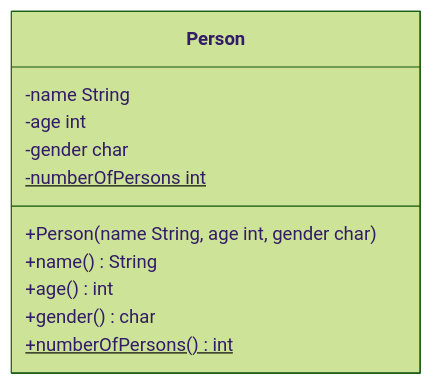
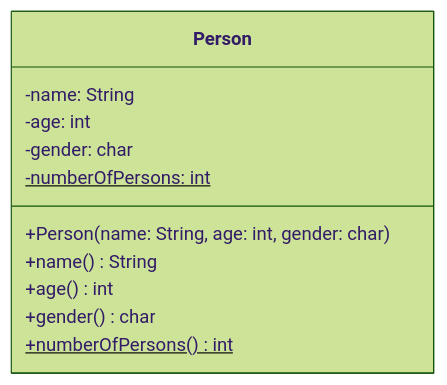
Before and after one commit to jappuccini/java-docs: the first of 11 diagrams in docs/documentation/uml/class-diagrams.mdx, drawn with Mermaid (forest theme). The commit also changed other lines of this file and 76 other files, not shown here.

Commit message:
uml fixes (colons, properties), headline fixes (italic) and exam result updates

````diff
--- a/docs/documentation/uml/class-diagrams.mdx
+++ b/docs/documentation/uml/class-diagrams.mdx
@@ -41,14 +44,14 @@
 ```mermaid
 classDiagram
     class Person {
-        -name String
-        -age int
-        -gender char
-        -numberOfPersons int$
-        +Person(name String, age int, gender char)
+        -name: String
+        -age: int
+        -gender: char
+        -numberOfPersons: int$
+        +Person(name: String, age: int, gender: char)
         +name() String
         +age() int
         +gender() char
         +numberOfPersons()$ int
     }
 ```
````
